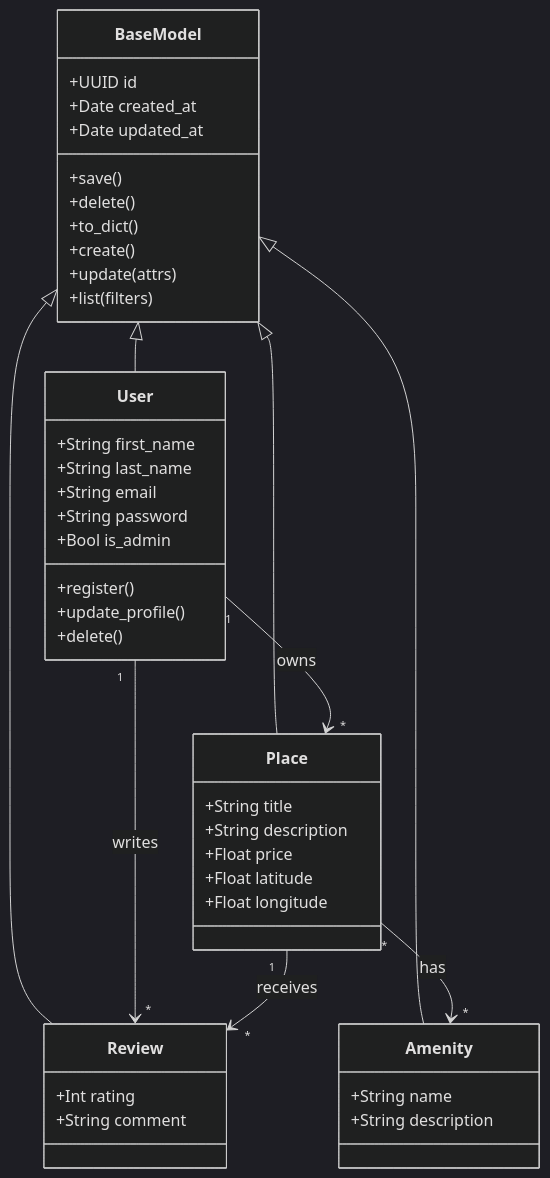
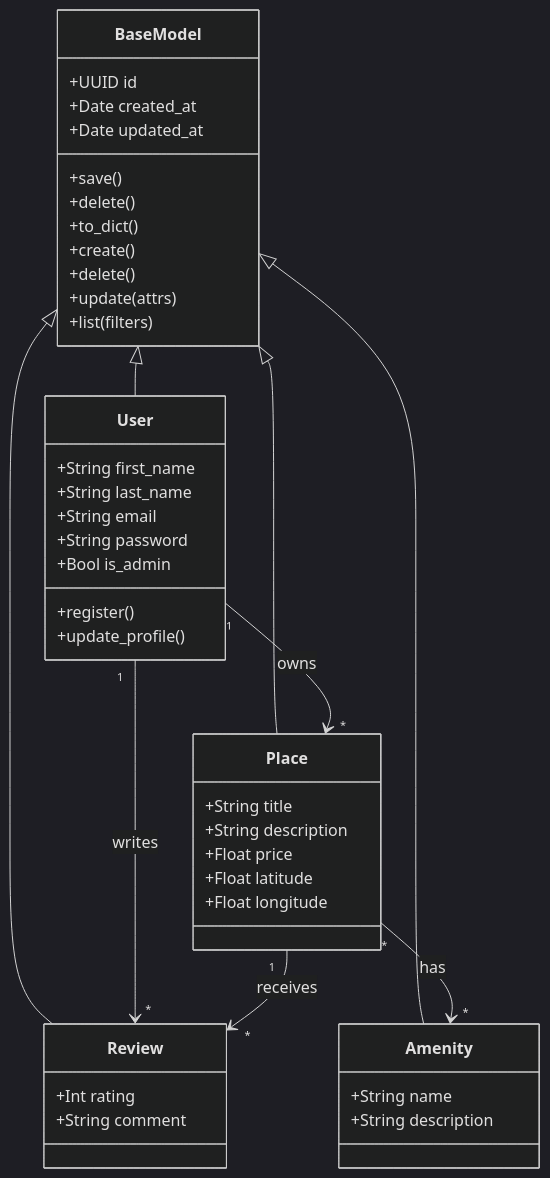
Before and after one commit to Yugz29/holbertonschool-hbnb: the second of 6 diagrams in part1/documentation_EN.md, drawn with Mermaid (dark theme). The commit also changed other lines of this file and 1 other file, not shown here.

````diff
--- a/part1/documentation_EN.md
+++ b/part1/documentation_EN.md
@@ -71,53 +71,53 @@
 ```mermaid
 classDiagram
 class BaseModel {
     +UUID id
     +Date created_at
     +Date updated_at
     +save()
     +delete()
     +to_dict()
     +create()
+    +delete()
     +update(attrs)
     +list(filters)
 }
 
 class User {
     +String first_name
     +String last_name
     +String email
     +String password
     +Bool is_admin
     +register()
     +update_profile()
-    +delete()
 }
 
 class Place {
     +String title
     +String description
     +Float price
     +Float latitude
     +Float longitude
 }
 
 class Review {
     +Int rating
     +String comment
 }
 
 class Amenity {
     +String name
     +String description
 }
 
 BaseModel <|-- User
 BaseModel <|-- Place
 BaseModel <|-- Review
 BaseModel <|-- Amenity
 
 User "1" --> "*" Place : owns
 User "1" --> "*" Review : writes
 Place "1" --> "*" Review : receives
 Place "*" --> "*" Amenity : has
 ```
````
